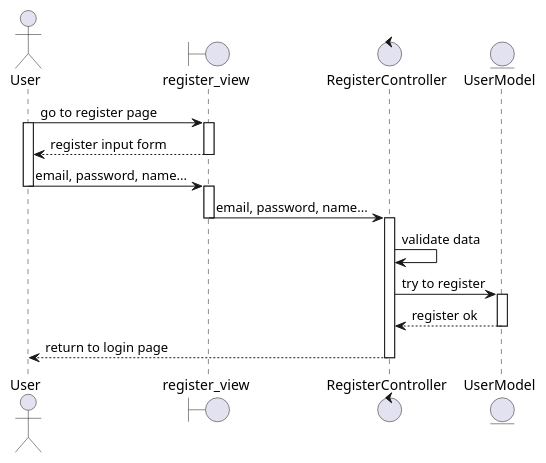
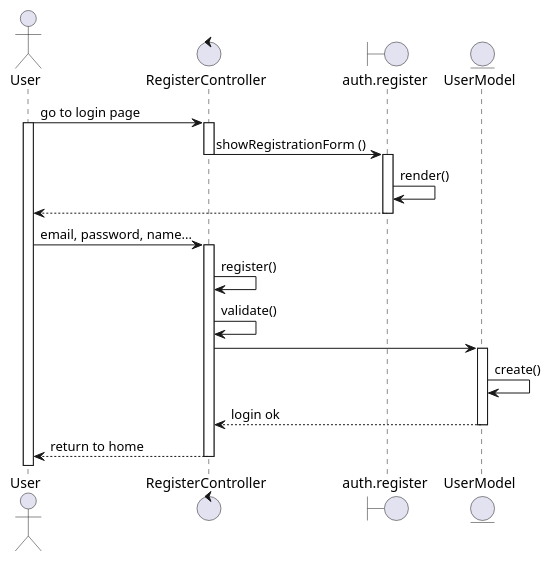
Before and after one commit to tuanlvse294/CHome: the diagram in documentss/auth/reg.puml, drawn with PlantUML. The commit also changed 1 other file, not shown here.

```diff
--- a/documentss/auth/reg.puml
+++ b/documentss/auth/reg.puml
@@ -1,26 +1,28 @@
 @startuml
 actor User
-boundary register_view
 control RegisterController
+boundary auth.register
 entity UserModel
 
-User -> register_view : go to register page
+User -> RegisterController : go to login page
 activate User
-activate register_view
-register_view --> User : register input form
-deactivate register_view
-User -> register_view : email, password, name...
-deactivate User
-activate register_view
-register_view -> RegisterController:  email, password, name...
-deactivate register_view
 activate RegisterController
-RegisterController -> RegisterController : validate data
-RegisterController -> UserModel : try to register
+RegisterController -> auth.register:showRegistrationForm ()
+deactivate RegisterController
+activate auth.register
+auth.register -> auth.register:render()
+auth.register --> User
+deactivate auth.register
+User -> RegisterController: email, password, name...
+activate RegisterController
+RegisterController -> RegisterController : register()
+RegisterController -> RegisterController : validate()
+RegisterController -> UserModel
 activate UserModel
-UserModel --> RegisterController : register ok
+UserModel->UserModel:create()
+UserModel --> RegisterController : login ok
 deactivate UserModel
-RegisterController --> User: return to login page
+RegisterController --> User: return to home
 deactivate RegisterController
 
 @enduml
```
